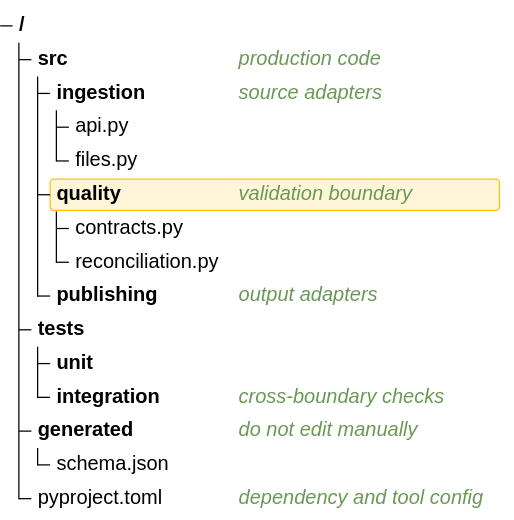
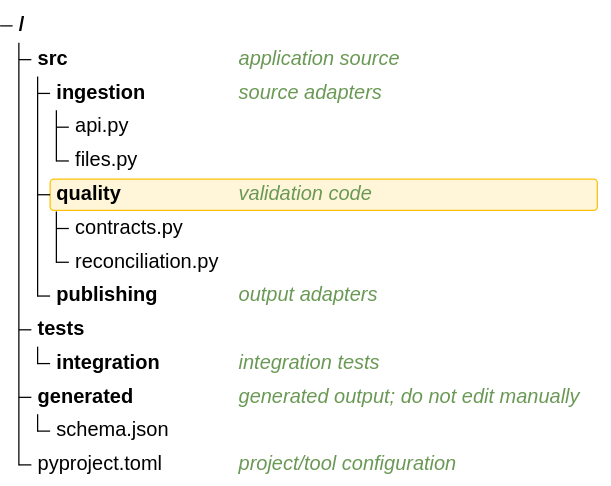
The fourth of 4 diagrams in src/rulesync/.rulesync/skills/mols-mermaid-diagram/references/examples/tree-view.md (mols3131d/mols-agent-assets), drawn with Mermaid before and after one commit. The commit also changed other lines of this file and 27 other files, not shown here.

Commit message:
docs(mermaid): diagram examples 단계별 고도화

````diff
--- a/src/rulesync/.rulesync/skills/mols-mermaid-diagram/references/examples/tree-view.md
+++ b/src/rulesync/.rulesync/skills/mols-mermaid-diagram/references/examples/tree-view.md
@@ -24,17 +83,16 @@
 ```mermaid
 treeView-beta
-├── src/ ## production code
+├── src/ ## application source
 │   ├── ingestion/ ## source adapters
 │   │   ├── api.py
 │   │   └── files.py
-│   ├── quality/ :::highlight ## validation boundary
+│   ├── quality/ :::highlight ## validation code
 │   │   ├── contracts.py
 │   │   └── reconciliation.py
 │   └── publishing/ ## output adapters
 ├── tests/
-│   ├── unit/
-│   └── integration/ ## cross-boundary checks
-├── generated/ ## do not edit manually
+│   └── integration/ ## integration tests
+├── generated/ ## generated output; do not edit manually
 │   └── schema.json
-└── pyproject.toml ## dependency and tool config
+└── pyproject.toml ## project/tool configuration
 ```
````
